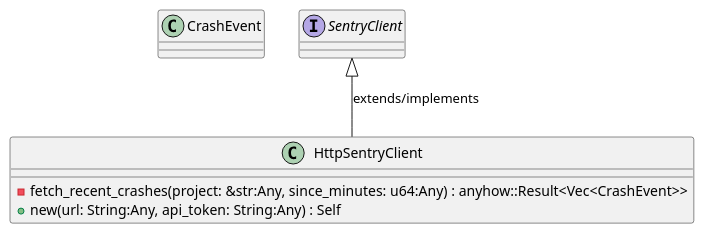
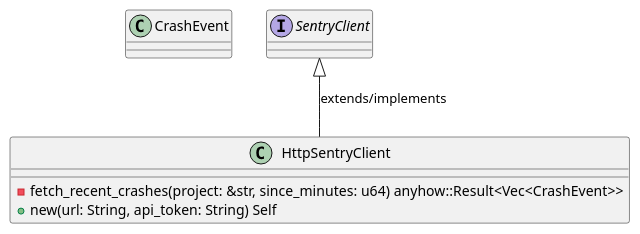
One commit to lgcorzo/rust_CACD_autonomous_factory changed the first of 6 diagrams in openwiki/crates_factory_infrastructure_src_sentry.md. Above: the diagram before and after it, drawn with PlantUML. The commit also changed other lines of this file and 97 other files, not shown here.

First line of the commit message:
Fix Rust AST parsing for method and function parameters, and update OKF UML frontmatter

````diff
--- a/openwiki/crates_factory_infrastructure_src_sentry.md
+++ b/openwiki/crates_factory_infrastructure_src_sentry.md
@@ -120,14 +125,14 @@
 ```plantuml
 @startuml
 class CrashEvent {
 }
 class HttpSentryClient {
-    -fetch_recent_crashes(project: &str:Any, since_minutes: u64:Any) : anyhow::Result<Vec<CrashEvent>>
-    +new(url: String:Any, api_token: String:Any) : Self
+    -fetch_recent_crashes(project: &str, since_minutes: u64) anyhow::Result<Vec<CrashEvent>>
+    +new(url: String, api_token: String) Self
 }
 SentryClient <|-- HttpSentryClient : extends/implements
 interface SentryClient {
 }
 @enduml
 
 ```
````
